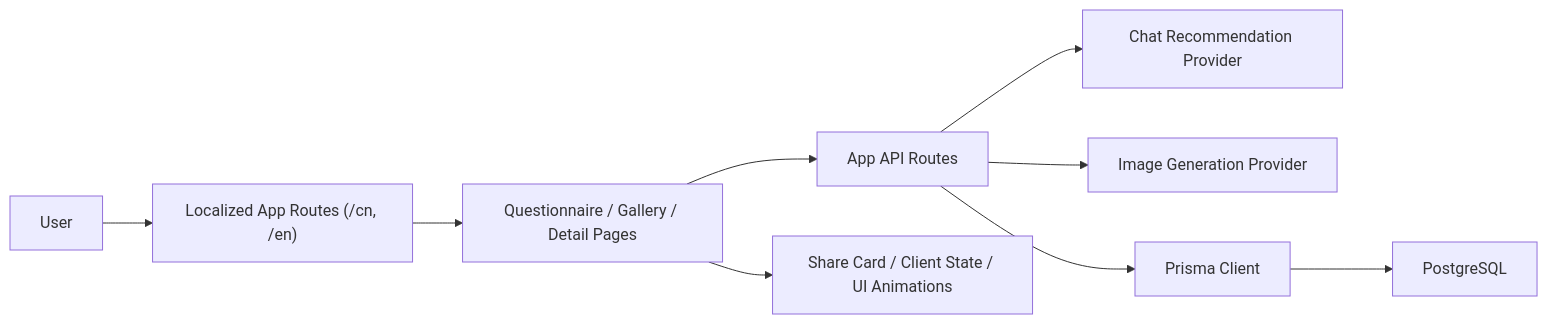
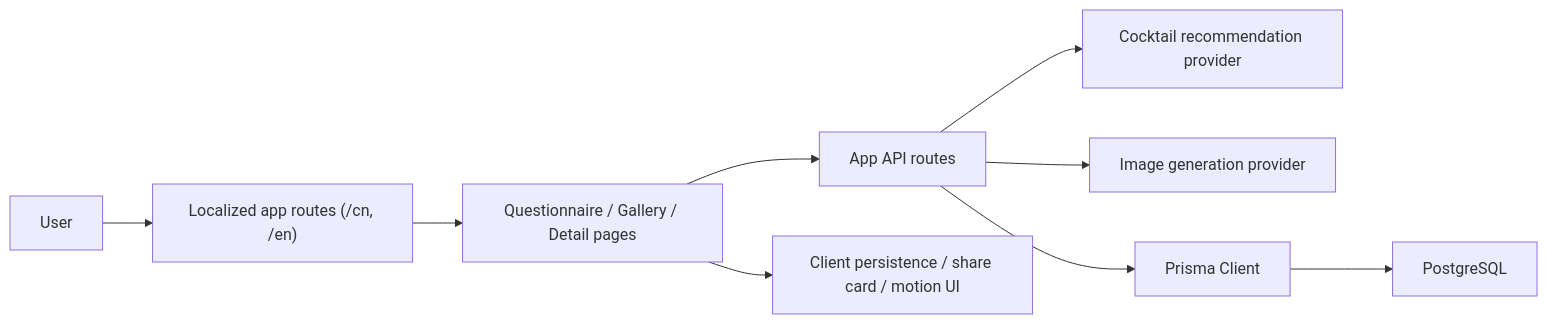
Before and after one commit to Tendo33/MoodShakerFront: the diagram in README.md, drawn with Mermaid. The commit also changed other lines of this file and 25 other files, not shown here.

````diff
--- a/README.md
+++ b/README.md
@@ -116,11 +85,11 @@
 ```mermaid
 flowchart LR
-  A["User"] --> B["Localized App Routes (/cn, /en)"]
-  B --> C["Questionnaire / Gallery / Detail Pages"]
-  C --> D["App API Routes"]
-  D --> E["Chat Recommendation Provider"]
-  D --> F["Image Generation Provider"]
+  A["User"] --> B["Localized app routes (/cn, /en)"]
+  B --> C["Questionnaire / Gallery / Detail pages"]
+  C --> D["App API routes"]
+  D --> E["Cocktail recommendation provider"]
+  D --> F["Image generation provider"]
   D --> G["Prisma Client"]
   G --> H["PostgreSQL"]
-  C --> I["Share Card / Client State / UI Animations"]
+  C --> I["Client persistence / share card / motion UI"]
 ```
````
